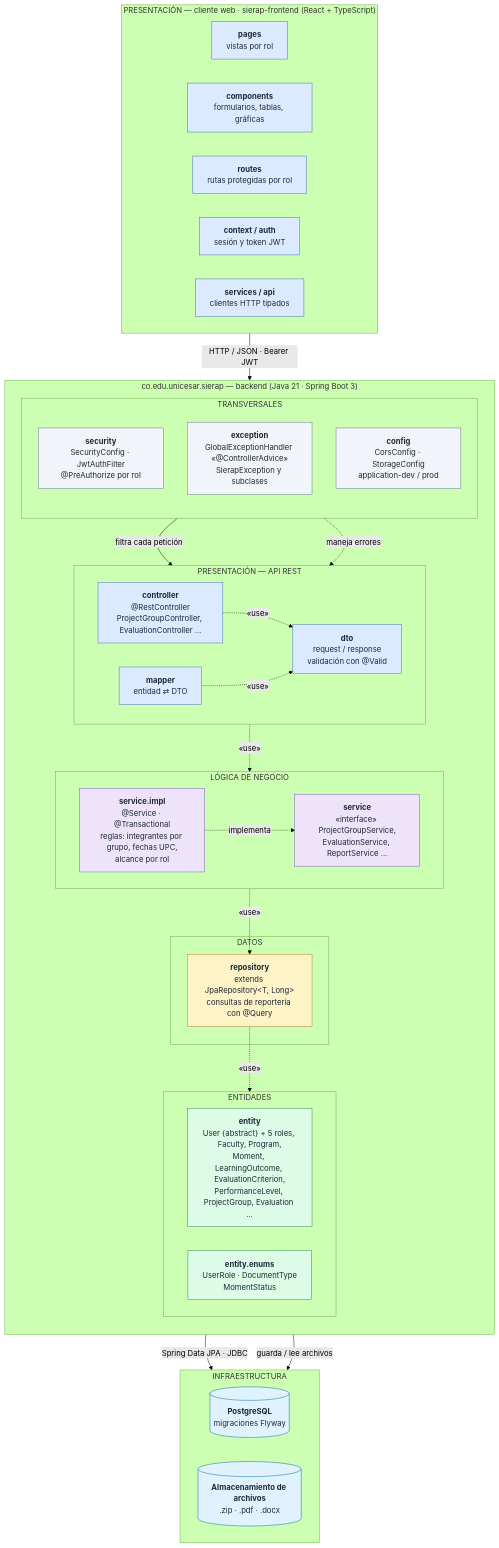
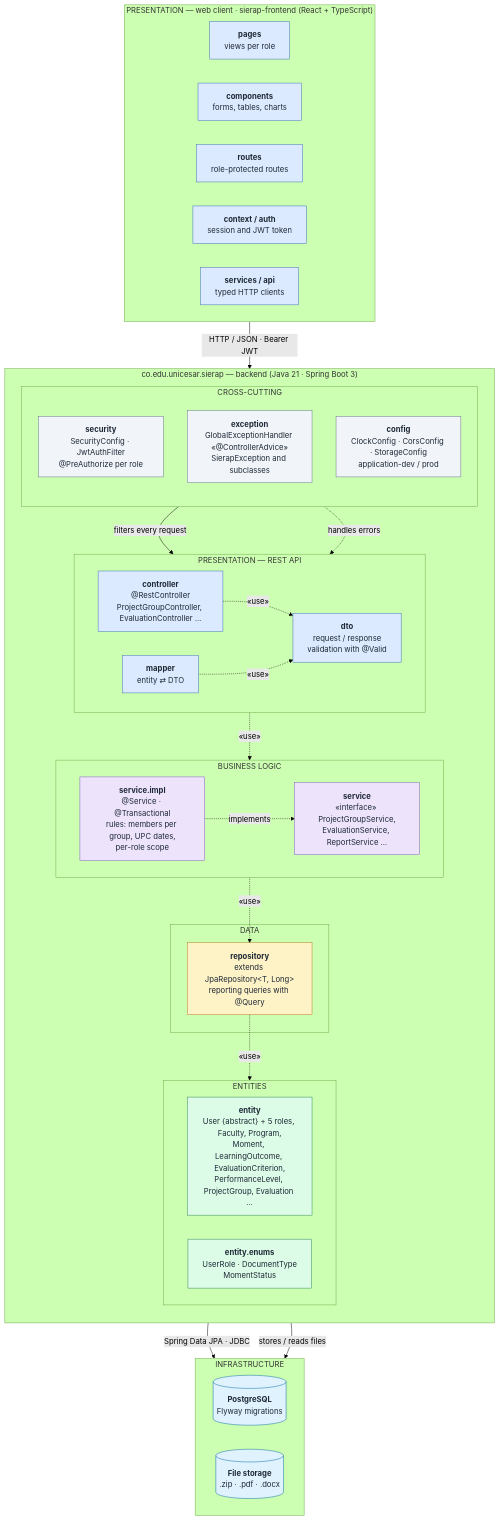
Before and after one commit to Oskarsito7/SIERAP: the diagram in docs/diagramas/diagrama_capas.md, drawn with Mermaid (forest theme). The commit also changed other lines of this file and 10 other files, not shown here.

````diff
--- a/docs/diagramas/diagrama_capas.md
+++ b/docs/diagramas/diagrama_capas.md
@@ -11,71 +11,71 @@
 ```mermaid
 flowchart TB
-  subgraph FE["PRESENTACIÓN — cliente web · sierap-frontend (React + TypeScript)"]
+  subgraph FE["PRESENTATION — web client · sierap-frontend (React + TypeScript)"]
     direction LR
-    pages["<b>pages</b><br/>vistas por rol"]
-    components["<b>components</b><br/>formularios, tablas, gráficas"]
-    routes["<b>routes</b><br/>rutas protegidas por rol"]
-    auth["<b>context / auth</b><br/>sesión y token JWT"]
-    api["<b>services / api</b><br/>clientes HTTP tipados"]
+    pages["<b>pages</b><br/>views per role"]
+    components["<b>components</b><br/>forms, tables, charts"]
+    routes["<b>routes</b><br/>role-protected routes"]
+    auth["<b>context / auth</b><br/>session and JWT token"]
+    api["<b>services / api</b><br/>typed HTTP clients"]
   end
 
   subgraph BE["co.edu.unicesar.sierap — backend (Java 21 · Spring Boot 3)"]
     direction TB
-    subgraph P["PRESENTACIÓN — API REST"]
+    subgraph P["PRESENTATION — REST API"]
       direction LR
       controller["<b>controller</b><br/>@RestController<br/>ProjectGroupController, EvaluationController …"]
-      dto["<b>dto</b><br/>request / response<br/>validación con @Valid"]
-      mapper["<b>mapper</b><br/>entidad ⇄ DTO"]
+      dto["<b>dto</b><br/>request / response<br/>validation with @Valid"]
+      mapper["<b>mapper</b><br/>entity ⇄ DTO"]
     end
-    subgraph L["LÓGICA DE NEGOCIO"]
+    subgraph L["BUSINESS LOGIC"]
       direction LR
       service["<b>service</b><br/>«interface» ProjectGroupService,<br/>EvaluationService, ReportService …"]
-      impl["<b>service.impl</b><br/>@Service · @Transactional<br/>reglas: integrantes por grupo, fechas UPC,<br/>alcance por rol"]
+      impl["<b>service.impl</b><br/>@Service · @Transactional<br/>rules: members per group, UPC dates,<br/>per-role scope"]
     end
-    subgraph DA["DATOS"]
-      repository["<b>repository</b><br/>extends JpaRepository&lt;T, Long&gt;<br/>consultas de reportería con @Query"]
+    subgraph DA["DATA"]
+      repository["<b>repository</b><br/>extends JpaRepository&lt;T, Long&gt;<br/>reporting queries with @Query"]
     end
-    subgraph EN["ENTIDADES"]
+    subgraph EN["ENTITIES"]
       direction LR
       entity["<b>entity</b><br/>User {abstract} + 5 roles, Faculty, Program,<br/>Moment, LearningOutcome, EvaluationCriterion,<br/>PerformanceLevel, ProjectGroup, Evaluation …"]
       enums["<b>entity.enums</b><br/>UserRole · DocumentType<br/>MomentStatus"]
     end
-    subgraph T["TRANSVERSALES"]
+    subgraph T["CROSS-CUTTING"]
       direction TB
-      security["<b>security</b><br/>SecurityConfig · JwtAuthFilter<br/>@PreAuthorize por rol"]
-      exception["<b>exception</b><br/>GlobalExceptionHandler «@ControllerAdvice»<br/>SierapException y subclases"]
-      config["<b>config</b><br/>CorsConfig · StorageConfig<br/>application-dev / prod"]
+      security["<b>security</b><br/>SecurityConfig · JwtAuthFilter<br/>@PreAuthorize per role"]
+      exception["<b>exception</b><br/>GlobalExceptionHandler «@ControllerAdvice»<br/>SierapException and subclasses"]
+      config["<b>config</b><br/>ClockConfig · CorsConfig · StorageConfig<br/>application-dev / prod"]
     end
   end
 
-  subgraph INFRA["INFRAESTRUCTURA"]
+  subgraph INFRA["INFRASTRUCTURE"]
     direction LR
-    db[("<b>PostgreSQL</b><br/>migraciones Flyway")]
-    files[("<b>Almacenamiento de archivos</b><br/>.zip · .pdf · .docx")]
+    db[("<b>PostgreSQL</b><br/>Flyway migrations")]
+    files[("<b>File storage</b><br/>.zip · .pdf · .docx")]
   end
 
   api -- "HTTP / JSON · Bearer JWT" --> controller
   controller -. «use» .-> dto
   mapper -. «use» .-> dto
   controller -. «use» .-> service
-  impl -. implementa .-> service
+  impl -. implements .-> service
   service -. «use» .-> repository
   repository -. «use» .-> entity
-  security -- filtra cada petición --> controller
-  exception -. maneja errores .-> controller
+  security -- filters every request --> controller
+  exception -. handles errors .-> controller
   repository -- Spring Data JPA · JDBC --> db
-  impl -- guarda / lee archivos --> files
+  impl -- stores / reads files --> files
 
   classDef pres fill:#DBEAFE,stroke:#3B6FB6,color:#1F2937
   classDef log fill:#EDE4FB,stroke:#7E57C2,color:#1F2937
   classDef dat fill:#FEF3C7,stroke:#B7791F,color:#1F2937
   classDef ent fill:#DCFCE7,stroke:#2F855A,color:#1F2937
   classDef tr fill:#F1F5F9,stroke:#64748B,color:#1F2937
   classDef inf fill:#E0F2FE,stroke:#0369A1,color:#1F2937
   class pages,components,routes,auth,api,controller,dto,mapper pres
   class service,impl log
   class repository dat
   class entity,enums ent
   class security,exception,config tr
   class db,files inf
 ```
````
